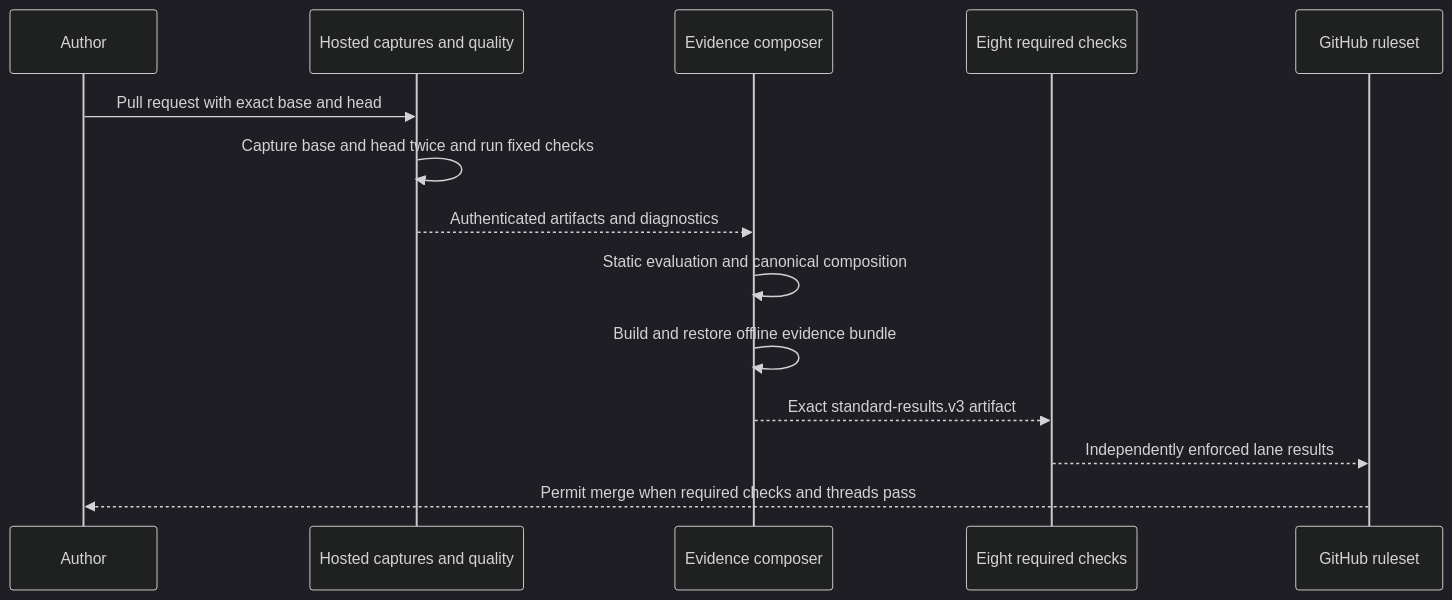
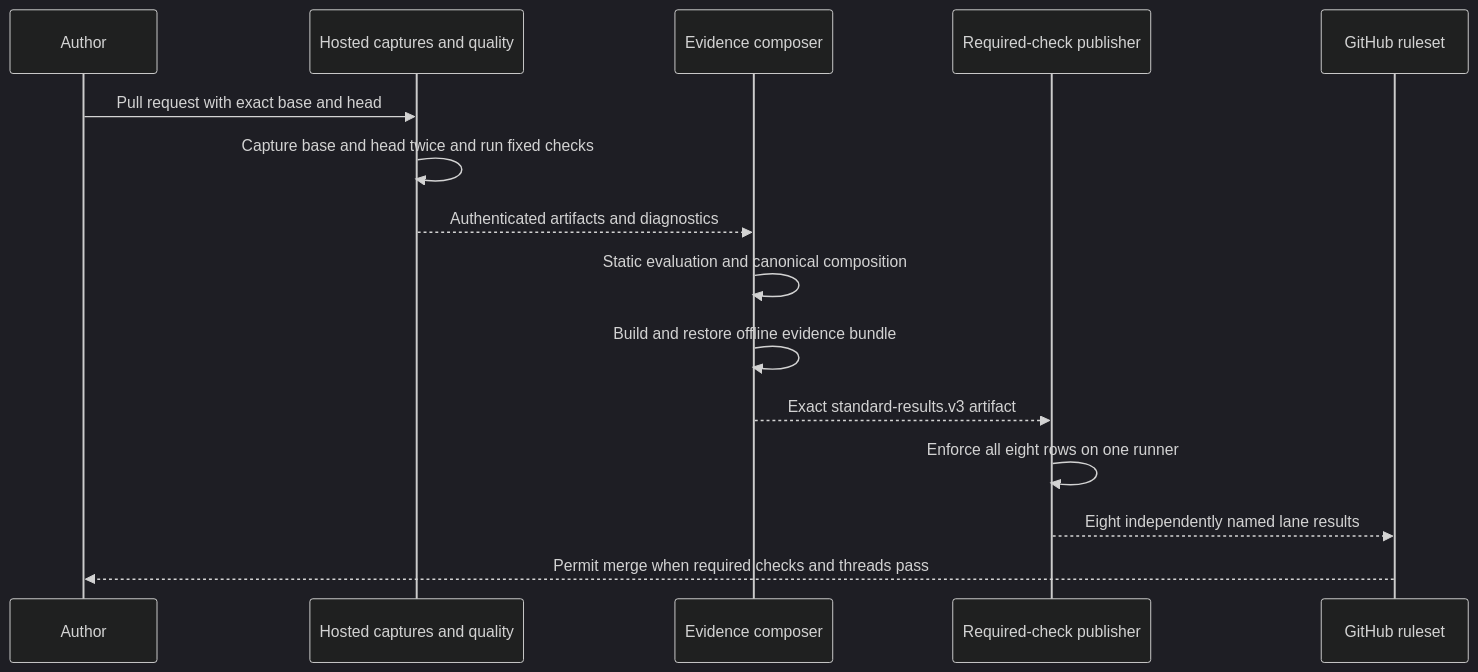
One commit to mbh-solutions/supportability-gate changed the diagram in docs/product/Pull-Request-Lifecycle.md. Above: the diagram before and after it, drawn with Mermaid (dark theme). The commit also changed other lines of this file and 12 other files, not shown here.

````diff
--- a/docs/product/Pull-Request-Lifecycle.md
+++ b/docs/product/Pull-Request-Lifecycle.md
@@ -3,16 +3,17 @@
 ```mermaid
 sequenceDiagram
     participant A as Author
     participant H as Hosted captures and quality
     participant E as Evidence composer
-    participant G as Eight required checks
+    participant G as Required-check publisher
     participant R as GitHub ruleset
     A->>H: Pull request with exact base and head
     H->>H: Capture base and head twice and run fixed checks
     H-->>E: Authenticated artifacts and diagnostics
     E->>E: Static evaluation and canonical composition
     E->>E: Build and restore offline evidence bundle
     E-->>G: Exact standard-results.v3 artifact
-    G-->>R: Independently enforced lane results
+    G->>G: Enforce all eight rows on one runner
+    G-->>R: Eight independently named lane results
     R-->>A: Permit merge when required checks and threads pass
 ```
````
